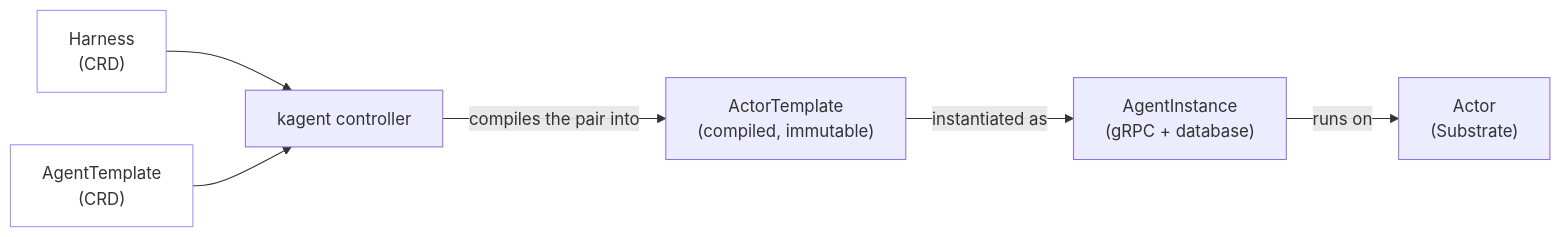
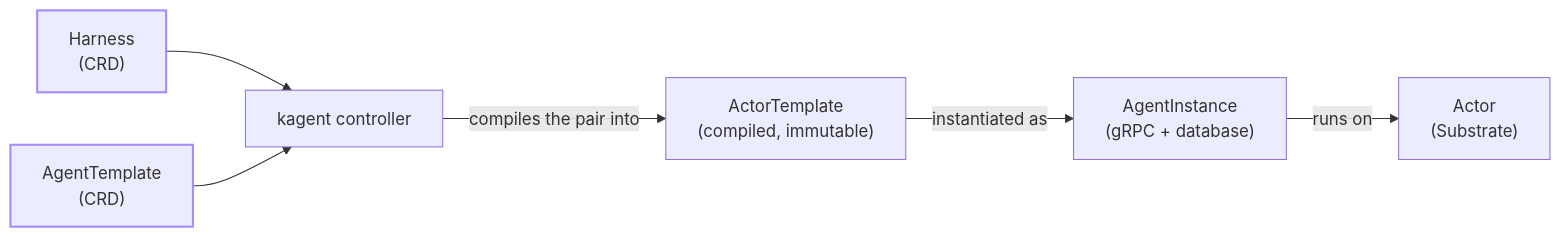
Before and after one commit to Rachael-Graham/website-1.0: the diagram in docs-site/content/kagent/1.x/about/core-concepts.md, drawn with Mermaid. The commit also changed 6 other files, not shown here.

Commit message:
update mermaid styling

````diff
--- a/docs-site/content/kagent/1.x/about/core-concepts.md
+++ b/docs-site/content/kagent/1.x/about/core-concepts.md
@@ -19,18 +19,18 @@
 ```mermaid
 flowchart LR
     harness["Harness<br>(CRD)"]
     template["AgentTemplate<br>(CRD)"]
     controller["kagent controller"]
     actortemplate["ActorTemplate<br>(compiled, immutable)"]
     instance["AgentInstance<br>(gRPC + database)"]
     actor["Actor<br>(Substrate)"]
 
     harness --> controller
     template --> controller
     controller -->|compiles the pair into| actortemplate
     actortemplate -->|instantiated as| instance
     instance -->|runs on| actor
 
-    classDef crd stroke:#a78bfa,fill:transparent
+    classDef crd stroke:#a78bfa,stroke-width:2px
     class harness,template crd
 ```
````
